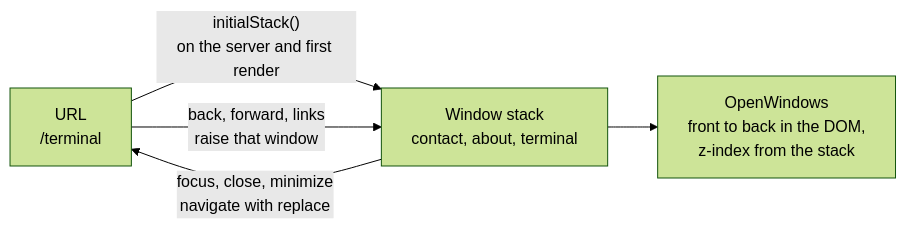
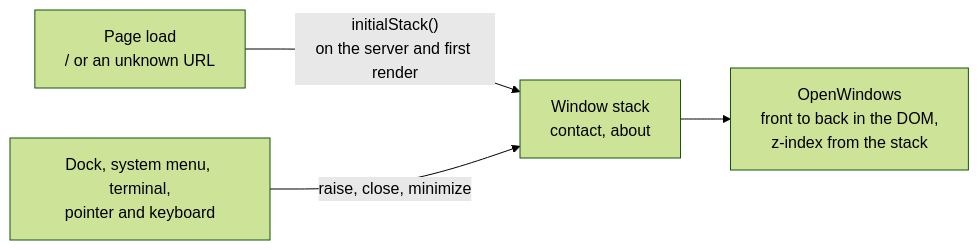
The diagram in README.md (tompiarulli/portfolio), drawn with Mermaid (forest theme) before and after one commit. The commit also changed other lines of this file and 2 other files, not shown here.

Commit message:
docs(desktop): describe the single-url desktop

````diff
--- a/README.md
+++ b/README.md
@@ -36,7 +36,6 @@
 ```mermaid
 flowchart LR
-  url["URL<br/>/terminal"] -->|"initialStack()<br/>on the server and first render"| stack["Window stack<br/>contact, about, terminal"]
-  stack -->|"focus, close, minimize<br/>navigate with replace"| url
-  url -->|"back, forward, links<br/>raise that window"| stack
+  load["Page load<br/>/ or an unknown URL"] -->|"initialStack()<br/>on the server and first render"| stack["Window stack<br/>contact, about"]
+  input["Dock, system menu, terminal,<br/>pointer and keyboard"] -->|"raise, close, minimize"| stack
   stack --> windows["OpenWindows<br/>front to back in the DOM,<br/>z-index from the stack"]
 ```
````
